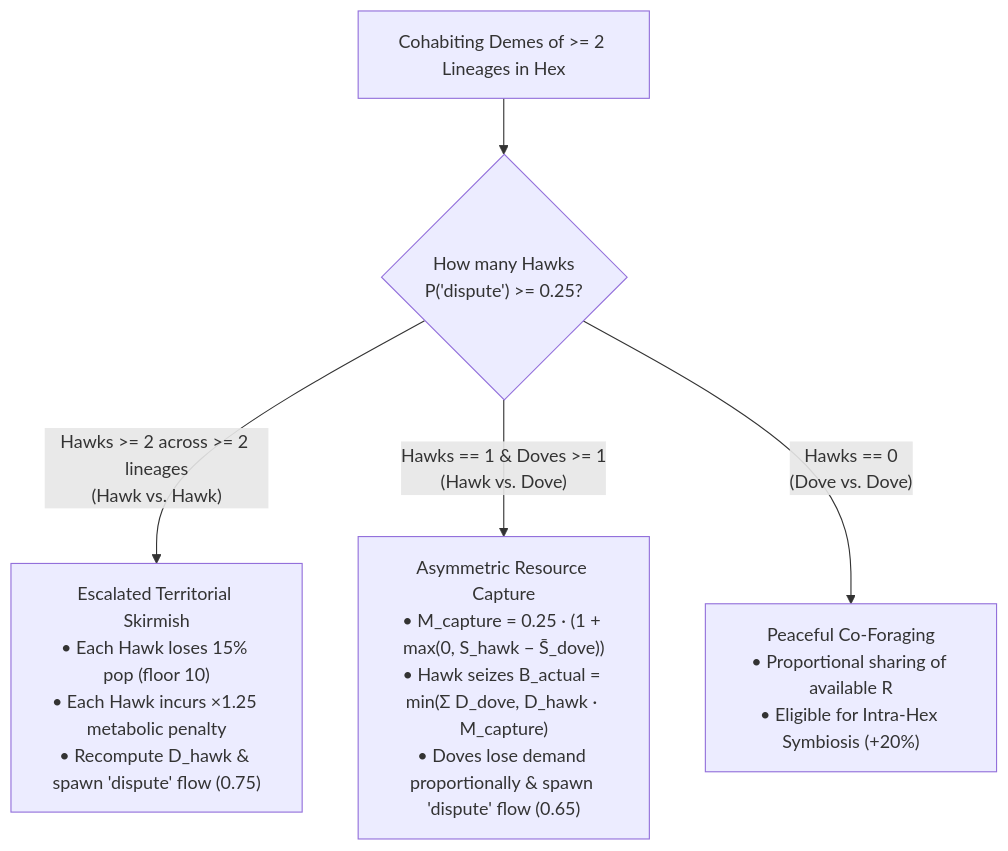
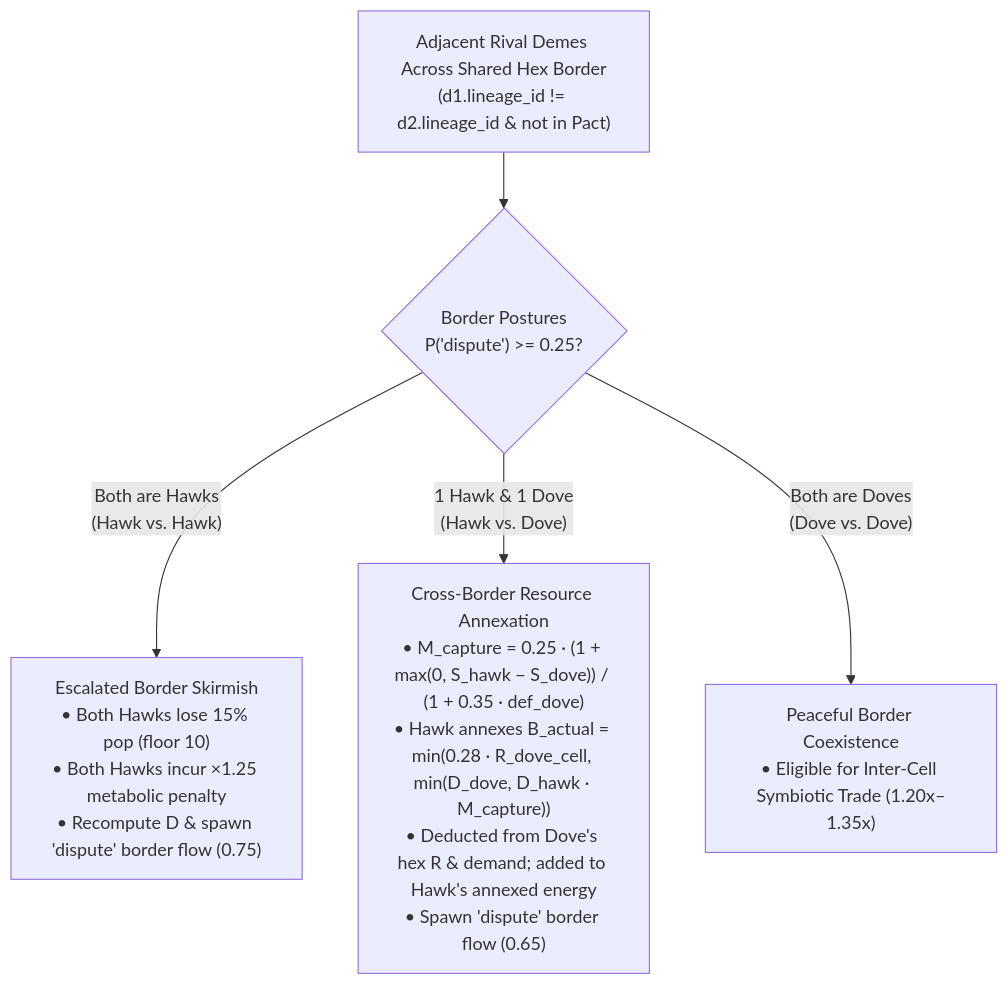
Before and after one commit to arrase/Evolution: the second of 2 diagrams in gh-pages/turn_iterations_mechanics.md, drawn with Mermaid. The commit also changed other lines of this file and 34 other files, not shown here.

````diff
--- a/gh-pages/turn_iterations_mechanics.md
+++ b/gh-pages/turn_iterations_mechanics.md
@@ -66,7 +71,7 @@
 ```mermaid
 flowchart TD
-    Cohabit["Cohabiting Demes of >= 2 Lineages in Hex"] --> CountHawks{"How many Hawks\nP('dispute') >= 0.25?"}
-    CountHawks -- "Hawks >= 2 across >= 2 lineages\n(Hawk vs. Hawk)" --> HH["Escalated Territorial Skirmish\n• Each Hawk loses 15% pop (floor 10)\n• Each Hawk incurs ×1.25 metabolic penalty\n• Recompute D_hawk & spawn 'dispute' flow (0.75)"]
-    CountHawks -- "Hawks == 1 & Doves >= 1\n(Hawk vs. Dove)" --> HD["Asymmetric Resource Capture\n• M_capture = 0.25 · (1 + max(0, S_hawk − S̄_dove))\n• Hawk seizes B_actual = min(Σ D_dove, D_hawk · M_capture)\n• Doves lose demand proportionally & spawn 'dispute' flow (0.65)"]
-    CountHawks -- "Hawks == 0\n(Dove vs. Dove)" --> DD["Peaceful Co-Foraging\n• Proportional sharing of available R\n• Eligible for Intra-Hex Symbiosis (+20%)"]
+    Border["Adjacent Rival Demes Across Shared Hex Border\n(d1.lineage_id != d2.lineage_id & not in Pact)"] --> CountHawks{"Border Postures\nP('dispute') >= 0.25?"}
+    CountHawks -- "Both are Hawks\n(Hawk vs. Hawk)" --> HH["Escalated Border Skirmish\n• Both Hawks lose 15% pop (floor 10)\n• Both Hawks incur ×1.25 metabolic penalty\n• Recompute D & spawn 'dispute' border flow (0.75)"]
+    CountHawks -- "1 Hawk & 1 Dove\n(Hawk vs. Dove)" --> HD["Cross-Border Resource Annexation\n• M_capture = 0.25 · (1 + max(0, S_hawk − S_dove)) / (1 + 0.35 · def_dove)\n• Hawk annexes B_actual = min(0.28 · R_dove_cell, min(D_dove, D_hawk · M_capture))\n• Deducted from Dove's hex R & demand; added to Hawk's annexed energy\n• Spawn 'dispute' border flow (0.65)"]
+    CountHawks -- "Both are Doves\n(Dove vs. Dove)" --> DD["Peaceful Border Coexistence\n• Eligible for Inter-Cell Symbiotic Trade (1.20x–1.35x)"]
 ```
````
